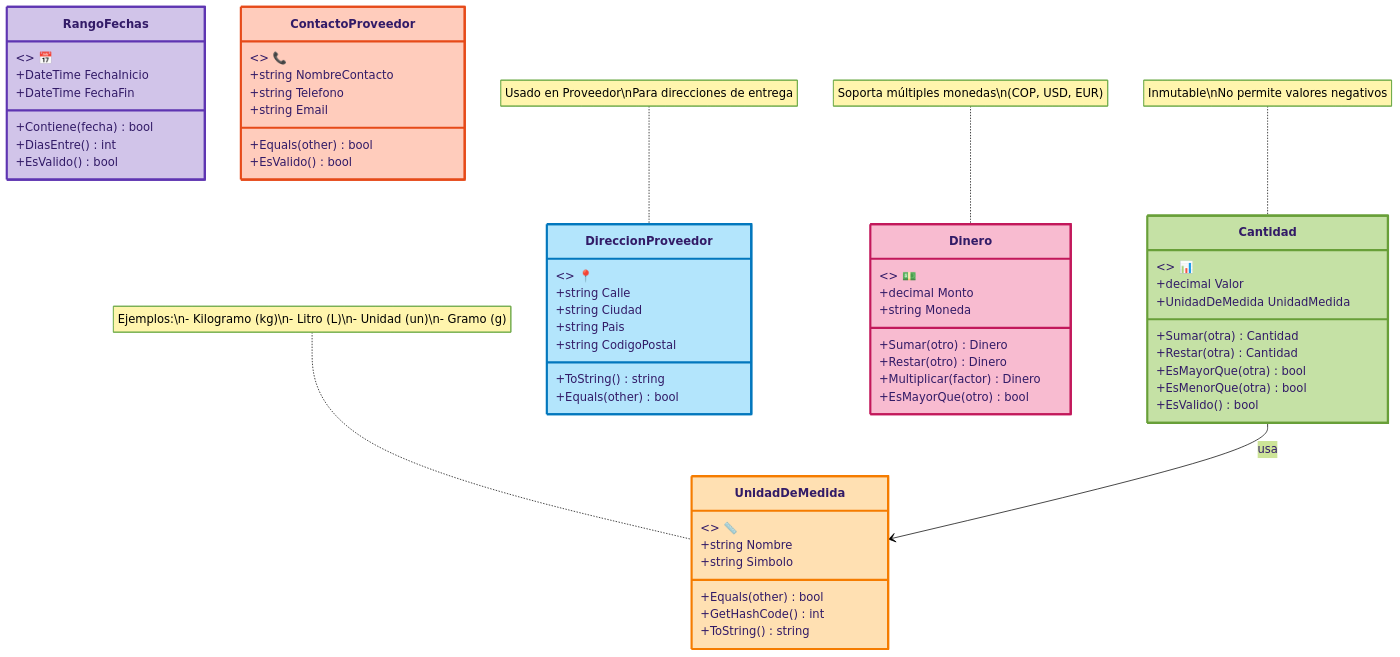
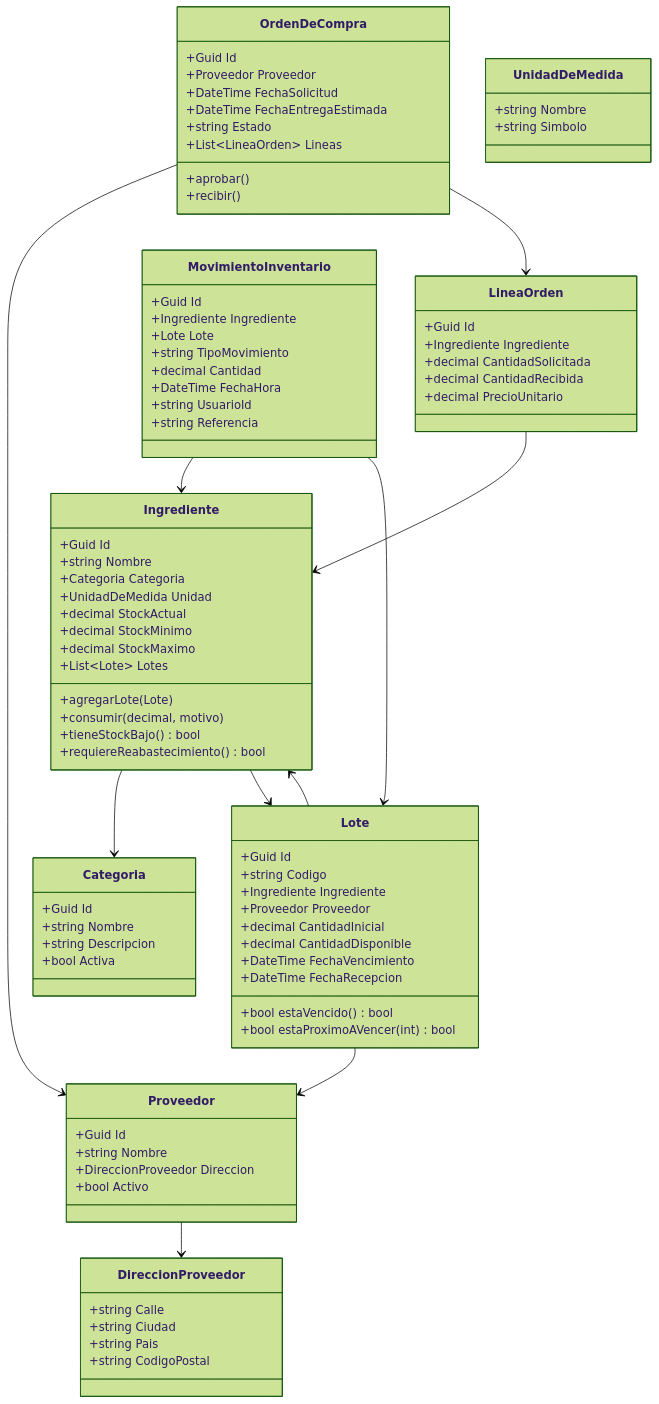
Before and after one commit to daniellelooo/ddd-inventario: the fifth of 7 diagrams in docs/README.md, drawn with Mermaid (forest theme). The commit also changed other lines of this file and 19 other files, not shown here.

````diff
--- a/docs/README.md
+++ b/docs/README.md
@@ -317,74 +343,89 @@
 ```mermaid
 classDiagram
+    class Ingrediente {
+        +Guid Id
+        +string Nombre
+        +Categoria Categoria
+        +UnidadDeMedida Unidad
+        +decimal StockActual
+        +decimal StockMinimo
+        +decimal StockMaximo
+        +List~Lote~ Lotes
+        +agregarLote(Lote)
+        +consumir(decimal, motivo)
+        +tieneStockBajo() bool
+        +requiereReabastecimiento() bool
+    }
+    class Lote {
+        +Guid Id
+        +string Codigo
+        +Ingrediente Ingrediente
+        +Proveedor Proveedor
+        +decimal CantidadInicial
+        +decimal CantidadDisponible
+        +DateTime FechaVencimiento
+        +DateTime FechaRecepcion
+        +bool estaVencido() bool
+        +bool estaProximoAVencer(int) bool
+    }
+    class Categoria {
+        +Guid Id
+        +string Nombre
+        +string Descripcion
+        +bool Activa
+    }
+    class Proveedor {
+        +Guid Id
+        +string Nombre
+        +DireccionProveedor Direccion
+        +bool Activo
+    }
+    class OrdenDeCompra {
+        +Guid Id
+        +Proveedor Proveedor
+        +DateTime FechaSolicitud
+        +DateTime FechaEntregaEstimada
+        +string Estado
+        +List~LineaOrden~ Lineas
+        +aprobar()
+        +recibir()
+    }
+    class LineaOrden {
+        +Guid Id
+        +Ingrediente Ingrediente
+        +decimal CantidadSolicitada
+        +decimal CantidadRecibida
+        +decimal PrecioUnitario
+    }
+    class MovimientoInventario {
+        +Guid Id
+        +Ingrediente Ingrediente
+        +Lote Lote
+        +string TipoMovimiento
+        +decimal Cantidad
+        +DateTime FechaHora
+        +string UsuarioId
+        +string Referencia
+    }
     class UnidadDeMedida {
-        <<Value Object>> 📏
         +string Nombre
         +string Simbolo
-        +Equals(other) bool
-        +GetHashCode() int
-        +ToString() string
     }
-
-    class Cantidad {
-        <<Value Object>> 📊
-        +decimal Valor
-        +UnidadDeMedida UnidadMedida
-        +Sumar(otra) Cantidad
-        +Restar(otra) Cantidad
-        +EsMayorQue(otra) bool
-        +EsMenorQue(otra) bool
-        +EsValido() bool
-    }
-
     class DireccionProveedor {
-        <<Value Object>> 📍
         +string Calle
         +string Ciudad
         +string Pais
         +string CodigoPostal
-        +ToString() string
-        +Equals(other) bool
     }
 
-    class Dinero {
-        <<Value Object>> 💵
-        +decimal Monto
-        +string Moneda
-        +Sumar(otro) Dinero
-        +Restar(otro) Dinero
-        +Multiplicar(factor) Dinero
-        +EsMayorQue(otro) bool
-    }
-
-    class RangoFechas {
-        <<Value Object>> 📅
-        +DateTime FechaInicio
-        +DateTime FechaFin
-        +Contiene(fecha) bool
-        +DiasEntre() int
-        +EsValido() bool
-    }
-
-    class ContactoProveedor {
-        <<Value Object>> 📞
-        +string NombreContacto
-        +string Telefono
-        +string Email
-        +Equals(other) bool
-        +EsValido() bool
-    }
-
-    Cantidad --> UnidadDeMedida : usa
-    
-    note for UnidadDeMedida "Ejemplos:\n- Kilogramo (kg)\n- Litro (L)\n- Unidad (un)\n- Gramo (g)"
-    note for Cantidad "Inmutable\nNo permite valores negativos"
-    note for DireccionProveedor "Usado en Proveedor\nPara direcciones de entrega"
-    note for Dinero "Soporta múltiples monedas\n(COP, USD, EUR)"
-
-    style UnidadDeMedida fill:#FFE0B2,stroke:#F57C00,stroke-width:3px
-    style Cantidad fill:#C5E1A5,stroke:#689F38,stroke-width:3px
-    style DireccionProveedor fill:#B3E5FC,stroke:#0277BD,stroke-width:3px
-    style Dinero fill:#F8BBD0,stroke:#C2185B,stroke-width:3px
-    style RangoFechas fill:#D1C4E9,stroke:#5E35B1,stroke-width:3px
-    style ContactoProveedor fill:#FFCCBC,stroke:#E64A19,stroke-width:3px
+    Ingrediente --> Categoria
+    Ingrediente --> Lote
+    Lote --> Proveedor
+    Lote --> Ingrediente
+    OrdenDeCompra --> Proveedor
+    OrdenDeCompra --> LineaOrden
+    LineaOrden --> Ingrediente
+    MovimientoInventario --> Ingrediente
+    MovimientoInventario --> Lote
+    Proveedor --> DireccionProveedor
 ```
````
